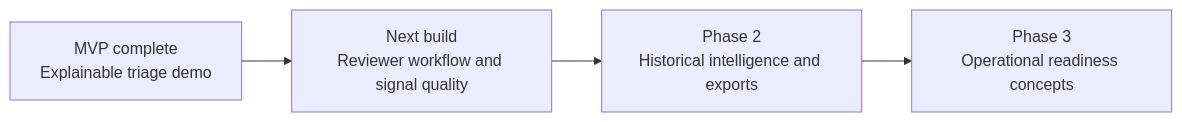
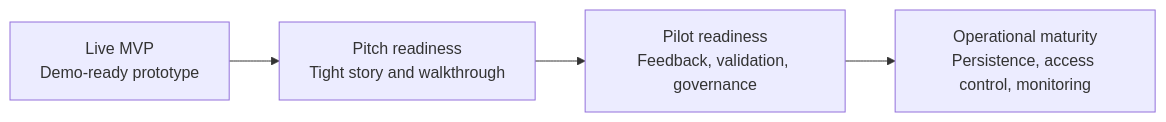
The diagram in ROADMAP.md (andyombogo/claimguard-health-risk-engine), drawn with Mermaid before and after one commit. The commit also changed other lines of this file and 6 other files, not shown here.

Commit message:
Strengthen pitch-ready MVP narrative

````diff
--- a/ROADMAP.md
+++ b/ROADMAP.md
@@ -22,9 +24,9 @@
 ```mermaid
 flowchart LR
-    A[MVP complete<br/>Explainable triage demo]
-    B[Next build<br/>Reviewer workflow and signal quality]
-    C[Phase 2<br/>Historical intelligence and exports]
-    D[Phase 3<br/>Operational readiness concepts]
+    A[Live MVP<br/>Demo-ready prototype]
+    B[Pitch readiness<br/>Tight story and walkthrough]
+    C[Pilot readiness<br/>Feedback, validation, governance]
+    D[Operational maturity<br/>Persistence, access control, monitoring]
 
     A --> B --> C --> D
 ```
````
